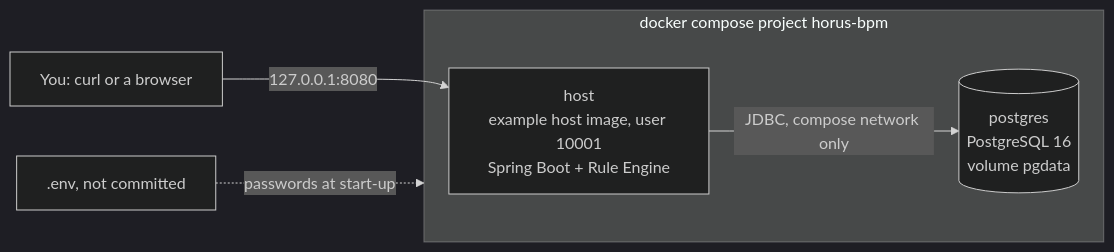
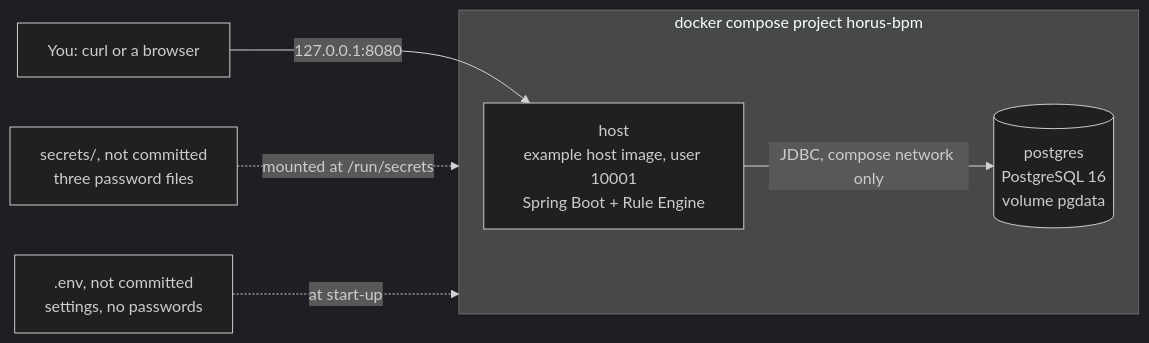
One commit to dhluong90/horus-Agentic-BPM changed the diagram in docs/DEPLOYING.md. Above: the diagram before and after it, drawn with Mermaid (dark theme). The commit also changed other lines of this file and 10 other files, not shown here.

First line of the commit message:
chore(deploy): compose passwords as mounted secret files (#157)

````diff
--- a/docs/DEPLOYING.md
+++ b/docs/DEPLOYING.md
@@ -15,10 +14,11 @@
 ```mermaid
 flowchart LR
     you["You: curl or a browser"] -- "127.0.0.1:8080" --> host
     subgraph compose["docker compose project horus-bpm"]
         host["host<br/>example host image, user 10001<br/>Spring Boot + Rule Engine"]
         pg[("postgres<br/>PostgreSQL 16<br/>volume pgdata")]
         host -- "JDBC, compose network only" --> pg
     end
-    env[".env, not committed"] -. "passwords at start-up" .-> compose
+    secrets["secrets/, not committed<br/>three password files"] -. "mounted at /run/secrets" .-> compose
+    env[".env, not committed<br/>settings, no passwords"] -. "at start-up" .-> compose
 ```
````
